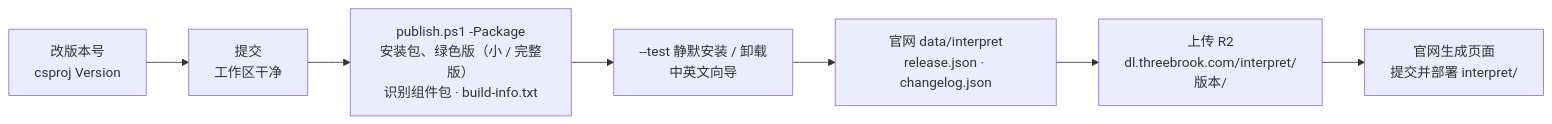
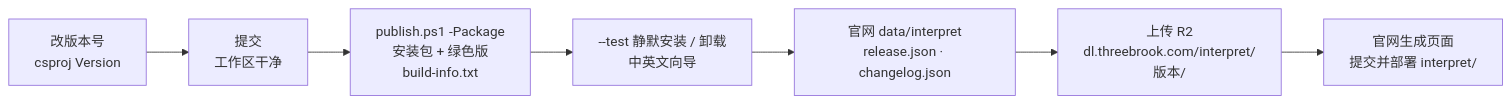
One commit to ThreeBrook/Threebrook-Interpret-source changed the third of 3 diagrams in README.md. Above: the diagram before and after it, drawn with Mermaid. The commit also changed other lines of this file and 12 other files, not shown here.

````diff
--- a/README.md
+++ b/README.md
@@ -163,9 +163,9 @@
 ```mermaid
 flowchart LR
     A["改版本号<br/>csproj Version"] --> B["提交<br/>工作区干净"]
-    B --> C["publish.ps1 -Package<br/>安装包、绿色版（小 / 完整版）<br/>识别组件包 · build-info.txt"]
+    B --> C["publish.ps1 -Package<br/>安装包 + 绿色版<br/>build-info.txt"]
     C --> D["--test 静默安装 / 卸载<br/>中英文向导"]
     D --> E["官网 data/interpret<br/>release.json · changelog.json"]
     E --> F["上传 R2<br/>dl.threebrook.com/interpret/版本/"]
     F --> G["官网生成页面<br/>提交并部署 interpret/"]
 ```
````
